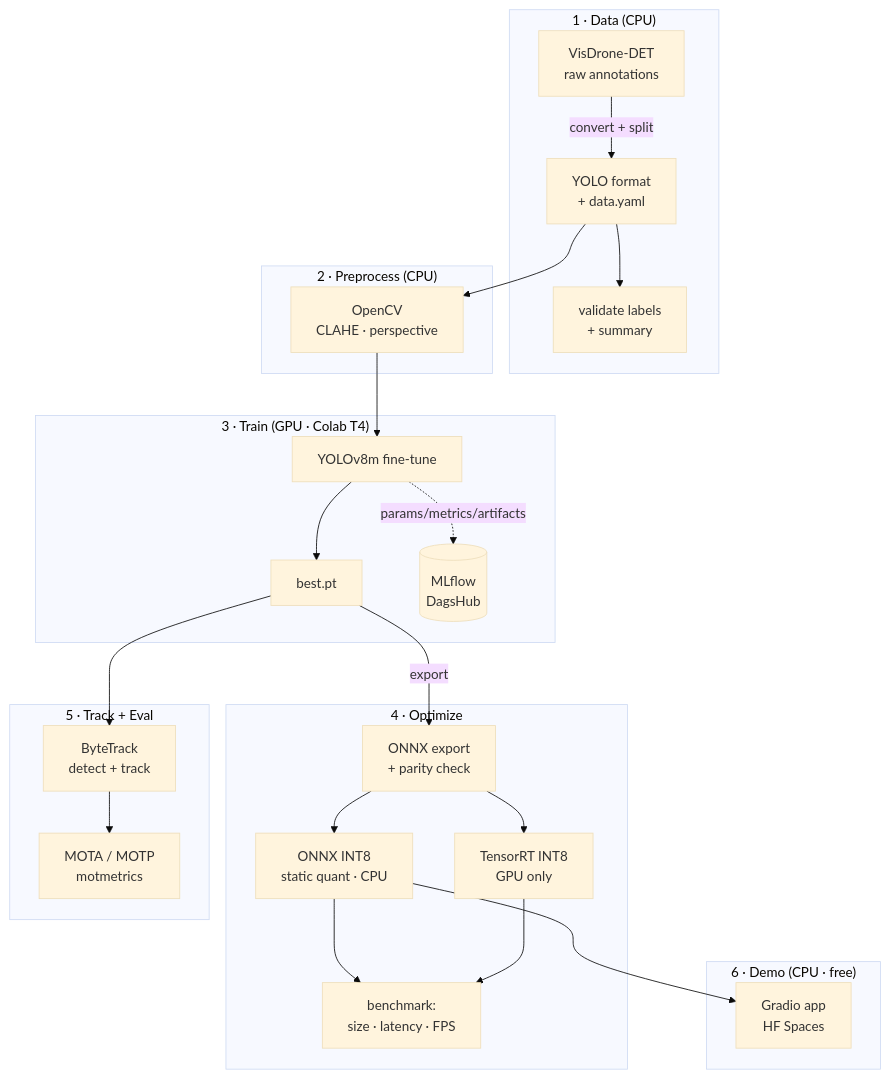
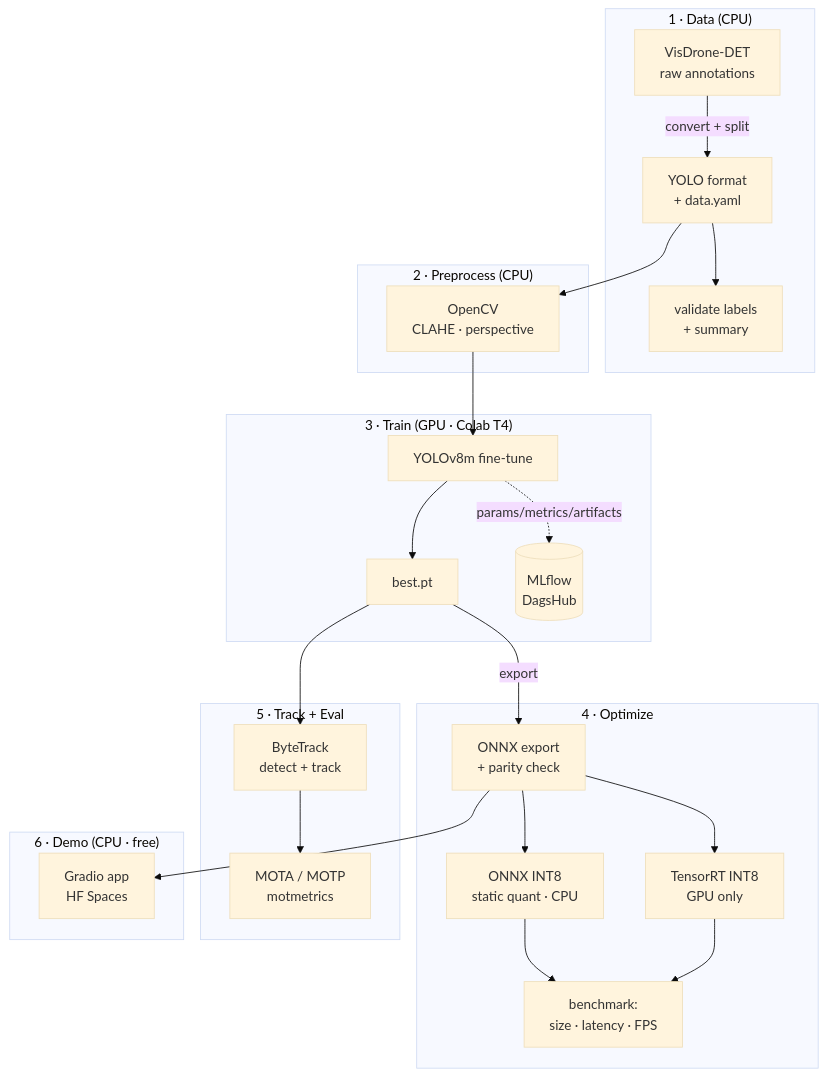
Before and after one commit to mohanemg07-web/object-detection-tracking: the diagram in README.md, drawn with Mermaid (base theme). The commit also changed other lines of this file and 1 other file, not shown here.

Commit message:
docs: INT8 real-image failure known-issue, live demo section with measured CPU numbers, FP32 references in app README, diagram fix

````diff
--- a/README.md
+++ b/README.md
@@ -23,37 +40,37 @@
 ```mermaid
 flowchart TB
     subgraph data["1 · Data (CPU)"]
         A[VisDrone-DET<br/>raw annotations] -->|convert + split| B[YOLO format<br/>+ data.yaml]
         B --> V[validate labels<br/>+ summary]
     end
 
     subgraph prep["2 · Preprocess (CPU)"]
         C[OpenCV<br/>CLAHE · perspective]
     end
 
     subgraph train["3 · Train (GPU · Colab T4)"]
         D[YOLOv8m fine-tune] --> E[best.pt]
         D -. params/metrics/artifacts .-> ML[(MLflow<br/>DagsHub)]
     end
 
     subgraph opt["4 · Optimize"]
         F[ONNX export<br/>+ parity check] --> G[ONNX INT8<br/>static quant · CPU]
         F --> H[TensorRT INT8<br/>GPU only]
         BM[benchmark:<br/>size · latency · FPS]
     end
 
     subgraph track["5 · Track + Eval"]
         I[ByteTrack<br/>detect + track] --> J[MOTA / MOTP<br/>motmetrics]
     end
 
     subgraph demo["6 · Demo (CPU · free)"]
         K[Gradio app<br/>HF Spaces]
     end
 
     B --> C --> D
     E -->|export| F
     E --> I
-    G --> K
+    F --> K
     G --> BM
     H --> BM
 ```
````
